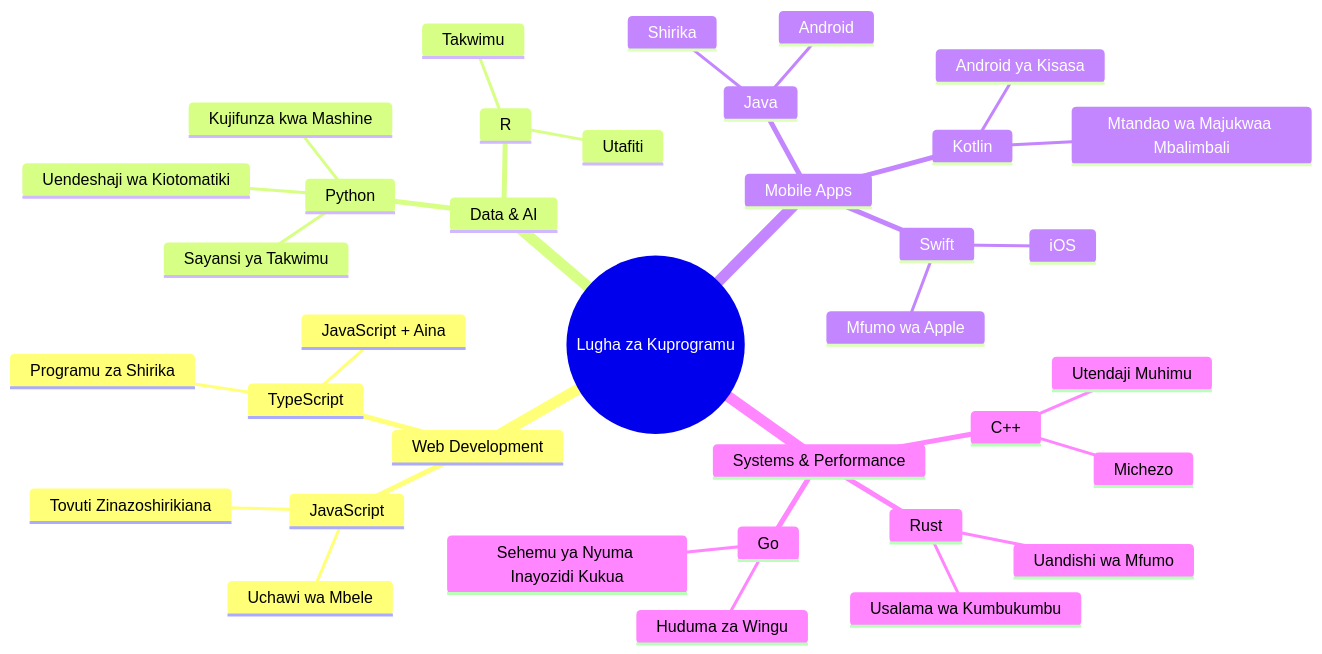
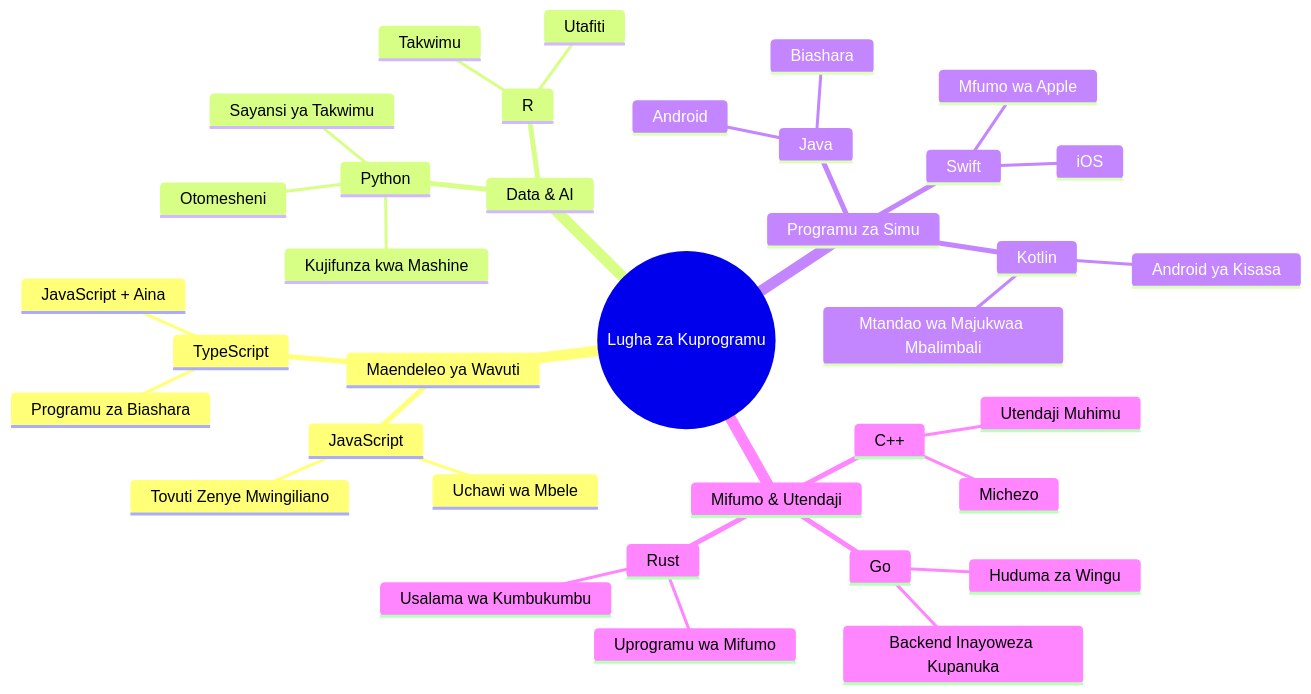
Before and after one commit to microsoft/Web-Dev-For-Beginners: the second of 7 diagrams in translations/sw/1-getting-started-lessons/1-intro-to-programming-languages/README.md, drawn with Mermaid. The commit also changed other lines of this file and 11 other files, not shown here.

````diff
--- a/translations/sw/1-getting-started-lessons/1-intro-to-programming-languages/README.md
+++ b/translations/sw/1-getting-started-lessons/1-intro-to-programming-languages/README.md
@@ -85,39 +85,39 @@
 ```mermaid
 mindmap
   root((Lugha za Kuprogramu))
-    Web Development
+    Maendeleo ya Wavuti
       JavaScript
         Uchawi wa Mbele
-        Tovuti Zinazoshirikiana
+        Tovuti Zenye Mwingiliano
       TypeScript
         JavaScript + Aina
-        Programu za Shirika
+        Programu za Biashara
     Data & AI
       Python
         Sayansi ya Takwimu
         Kujifunza kwa Mashine
-        Uendeshaji wa Kiotomatiki
+        Otomesheni
       R
         Takwimu
         Utafiti
-    Mobile Apps
+    Programu za Simu
       Java
         Android
-        Shirika
+        Biashara
       Swift
         iOS
         Mfumo wa Apple
       Kotlin
         Android ya Kisasa
         Mtandao wa Majukwaa Mbalimbali
-    Systems & Performance
+    Mifumo & Utendaji
       C++
         Michezo
         Utendaji Muhimu
       Rust
         Usalama wa Kumbukumbu
-        Uandishi wa Mfumo
+        Uprogramu wa Mifumo
       Go
         Huduma za Wingu
-        Sehemu ya Nyuma Inayozidi Kukua
+        Backend Inayoweza Kupanuka
 ```
````
